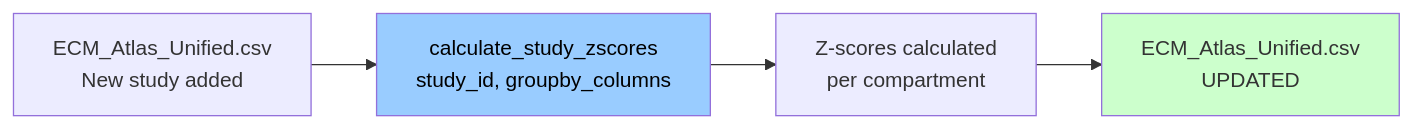
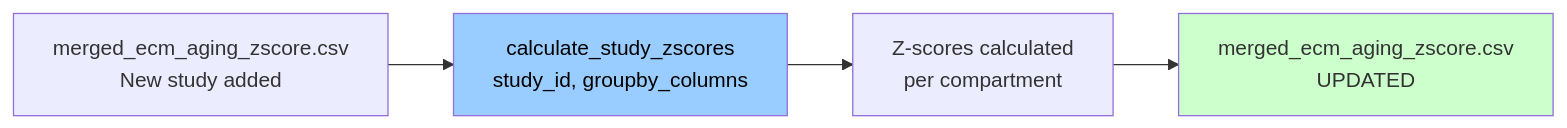
Before and after one commit to raimbetov/ecm-atlas: the first of 2 diagrams in 11_subagent_for_LFQ_ingestion/02_ZSCORE_CALCULATION_UNIVERSAL_FUNCTION.md, drawn with Mermaid. The commit also changed other lines of this file and 8 other files, not shown here.

````diff
--- a/11_subagent_for_LFQ_ingestion/02_ZSCORE_CALCULATION_UNIVERSAL_FUNCTION.md
+++ b/11_subagent_for_LFQ_ingestion/02_ZSCORE_CALCULATION_UNIVERSAL_FUNCTION.md
@@ -15,9 +15,9 @@
 ```mermaid
 graph LR
-    A[ECM_Atlas_Unified.csv<br/>New study added] --> B[calculate_study_zscores<br/>study_id, groupby_columns]
+    A[merged_ecm_aging_zscore.csv<br/>New study added] --> B[calculate_study_zscores<br/>study_id, groupby_columns]
     B --> C[Z-scores calculated<br/>per compartment]
-    C --> D[ECM_Atlas_Unified.csv<br/>UPDATED]
+    C --> D[merged_ecm_aging_zscore.csv<br/>UPDATED]
 
     style B fill:#99ccff,color:#000
     style D fill:#ccffcc
 ```
````
